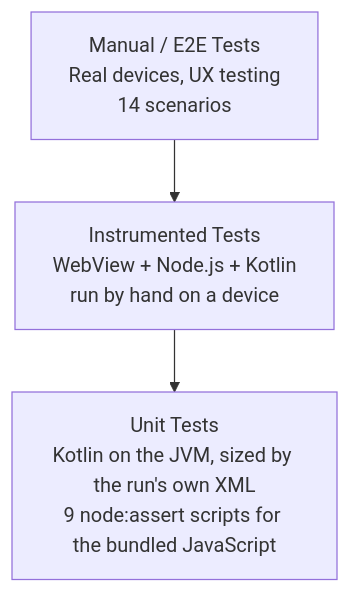
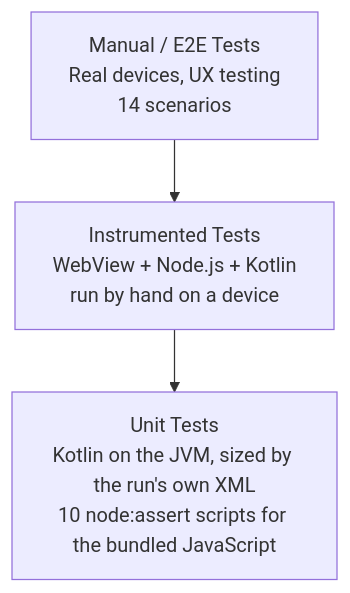
One commit to rmyndharis/VSCodroid changed the first of 3 diagrams in docs/07-TESTING_STRATEGY.md. Above: the diagram before and after it, drawn with Mermaid. The commit also changed other lines of this file and 13 other files, not shown here.

````diff
--- a/docs/07-TESTING_STRATEGY.md
+++ b/docs/07-TESTING_STRATEGY.md
@@ -23,5 +23,5 @@
 ```mermaid
 flowchart TD
   E2E["Manual / E2E Tests<br/>Real devices, UX testing<br/>14 scenarios"] --> INT["Instrumented Tests<br/>WebView + Node.js + Kotlin<br/>run by hand on a device"]
-  INT --> UNIT["Unit Tests<br/>Kotlin on the JVM, sized by the run's own XML<br/>9 node:assert scripts for the bundled JavaScript"]
+  INT --> UNIT["Unit Tests<br/>Kotlin on the JVM, sized by the run's own XML<br/>10 node:assert scripts for the bundled JavaScript"]
 ```
````
